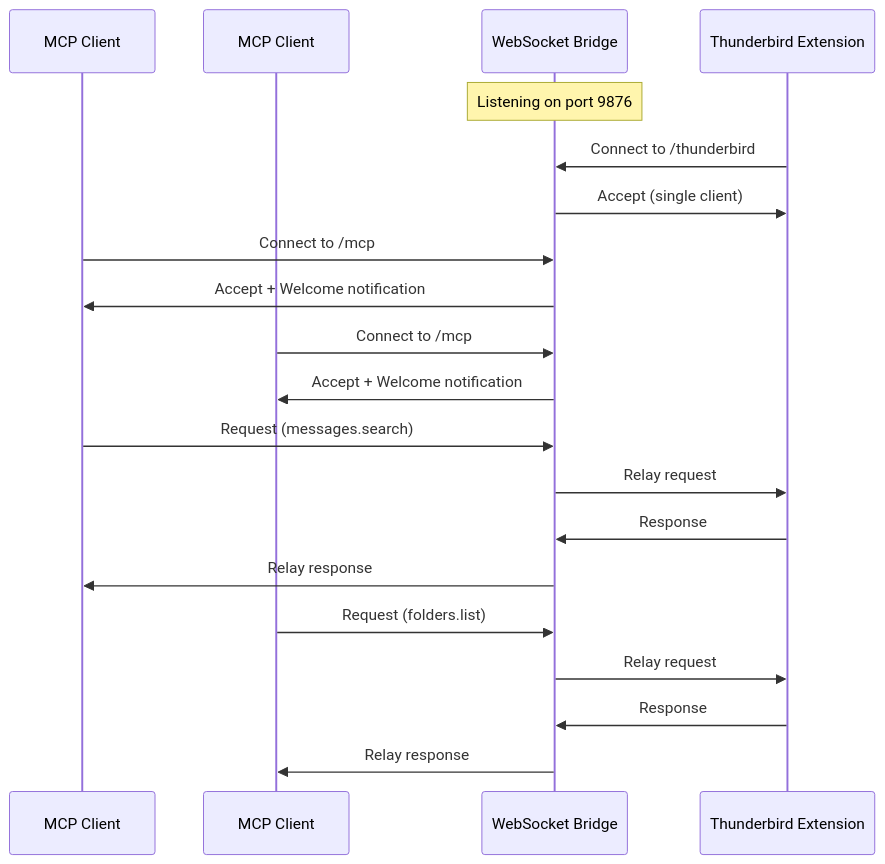
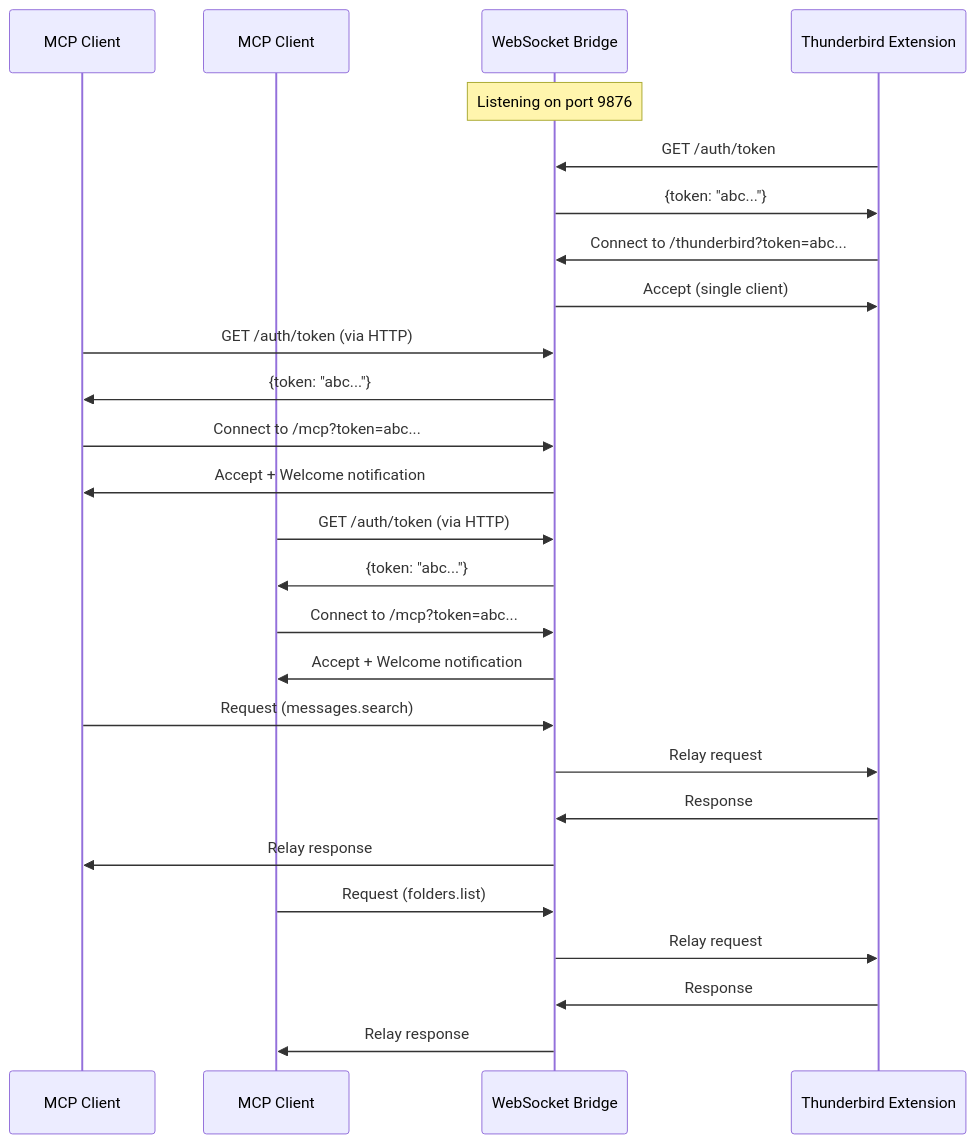
The first of 5 diagrams in docs/architecture/websocket.md (assistance-micro-design/zileo-mcp-thunderbird), drawn with Mermaid before and after one commit. The commit also changed other lines of this file and 8 other files, not shown here.

First line of the commit message:
fix(security): Phase 4 WebSocket authentication - token-based auth on upgrade

````diff
--- a/docs/architecture/websocket.md
+++ b/docs/architecture/websocket.md
@@ -88,28 +89,34 @@
 ```mermaid
 sequenceDiagram
     participant MCP1 as MCP Client #1
     participant MCP2 as MCP Client #2
     participant Bridge as WebSocket Bridge
     participant TB as Thunderbird Extension
 
     Note over Bridge: Listening on port 9876
 
-    TB->>Bridge: Connect to /thunderbird
+    TB->>Bridge: GET /auth/token
+    Bridge->>TB: {token: "abc..."}
+    TB->>Bridge: Connect to /thunderbird?token=abc...
     Bridge->>TB: Accept (single client)
 
-    MCP1->>Bridge: Connect to /mcp
+    MCP1->>Bridge: GET /auth/token (via HTTP)
+    Bridge->>MCP1: {token: "abc..."}
+    MCP1->>Bridge: Connect to /mcp?token=abc...
     Bridge->>MCP1: Accept + Welcome notification
 
-    MCP2->>Bridge: Connect to /mcp
+    MCP2->>Bridge: GET /auth/token (via HTTP)
+    Bridge->>MCP2: {token: "abc..."}
+    MCP2->>Bridge: Connect to /mcp?token=abc...
     Bridge->>MCP2: Accept + Welcome notification
 
     MCP1->>Bridge: Request (messages.search)
     Bridge->>TB: Relay request
     TB->>Bridge: Response
     Bridge->>MCP1: Relay response
 
     MCP2->>Bridge: Request (folders.list)
     Bridge->>TB: Relay request
     TB->>Bridge: Response
     Bridge->>MCP2: Relay response
 ```
````
